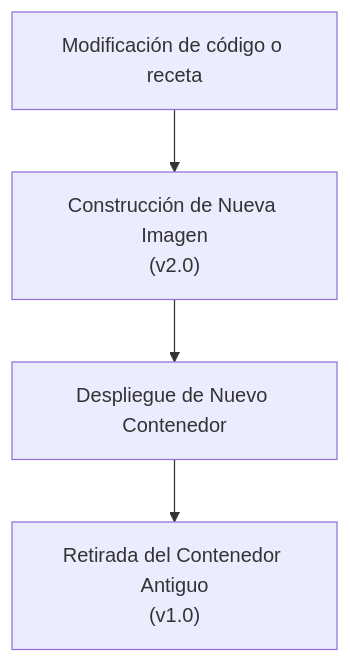
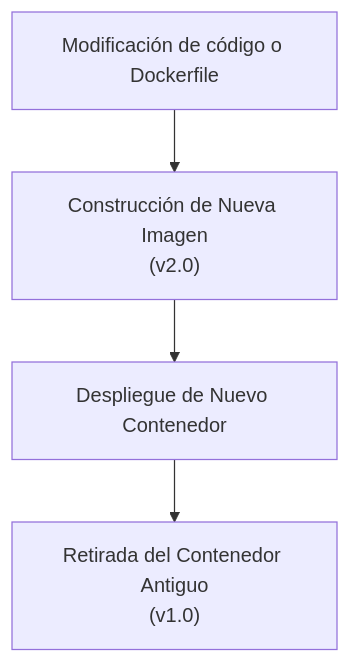
The third of 3 diagrams in docs/sesion1/1.2 de servidor a contendor.md (ieftraining/curso-openshift), drawn with Mermaid before and after one commit. The commit also changed other lines of this file, not shown here.

````diff
--- a/docs/sesion1/1.2 de servidor a contendor.md
+++ b/docs/sesion1/1.2 de servidor a contendor.md
@@ -145,6 +143,6 @@
 ```mermaid
 flowchart TD
-    A["Modificación de código o receta"] --> B["Construcción de Nueva Imagen<br>(v2.0)"]
+    A["Modificación de código o Dockerfile"] --> B["Construcción de Nueva Imagen<br>(v2.0)"]
     B --> C["Despliegue de Nuevo Contenedor"]
     C --> D["Retirada del Contenedor Antiguo<br>(v1.0)"]
 ```
````
